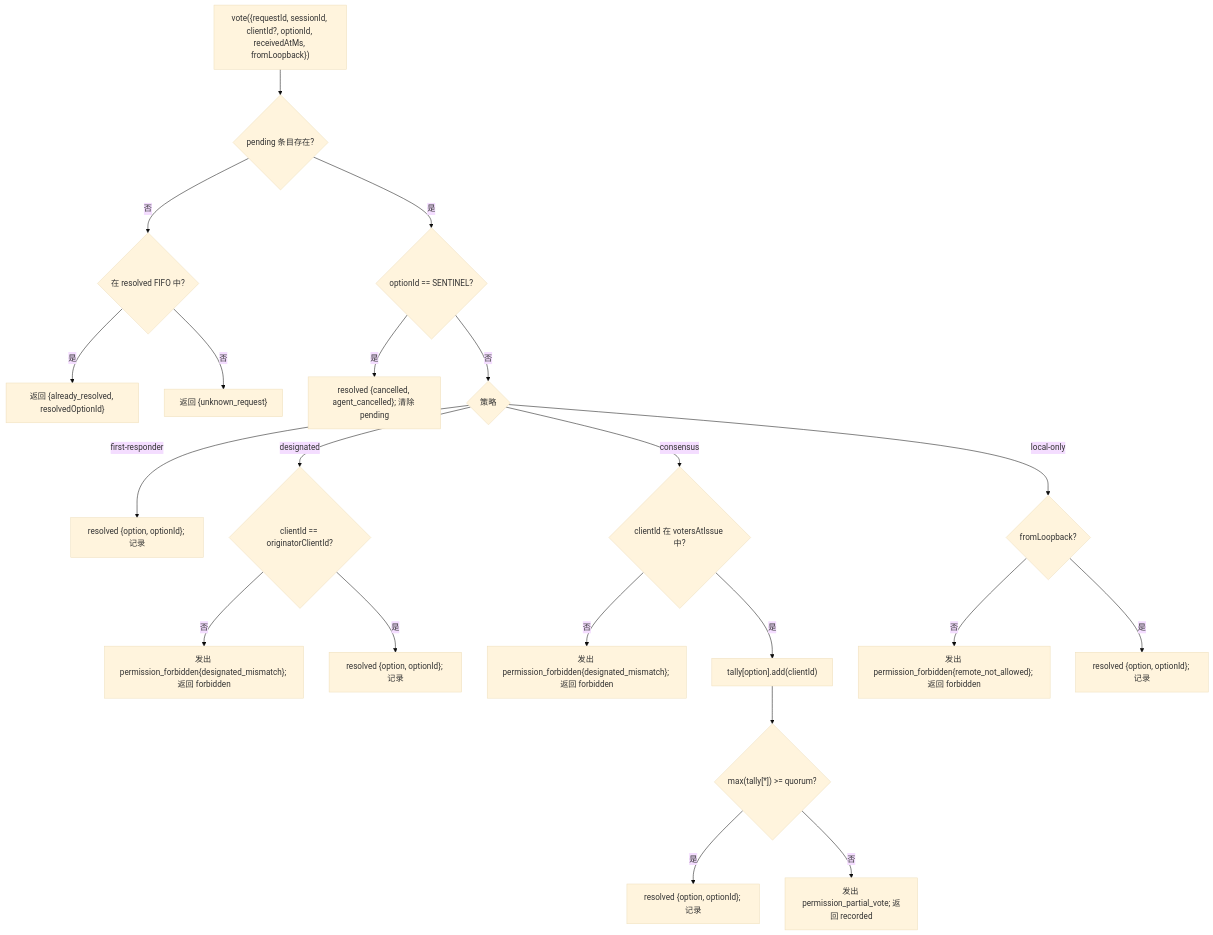
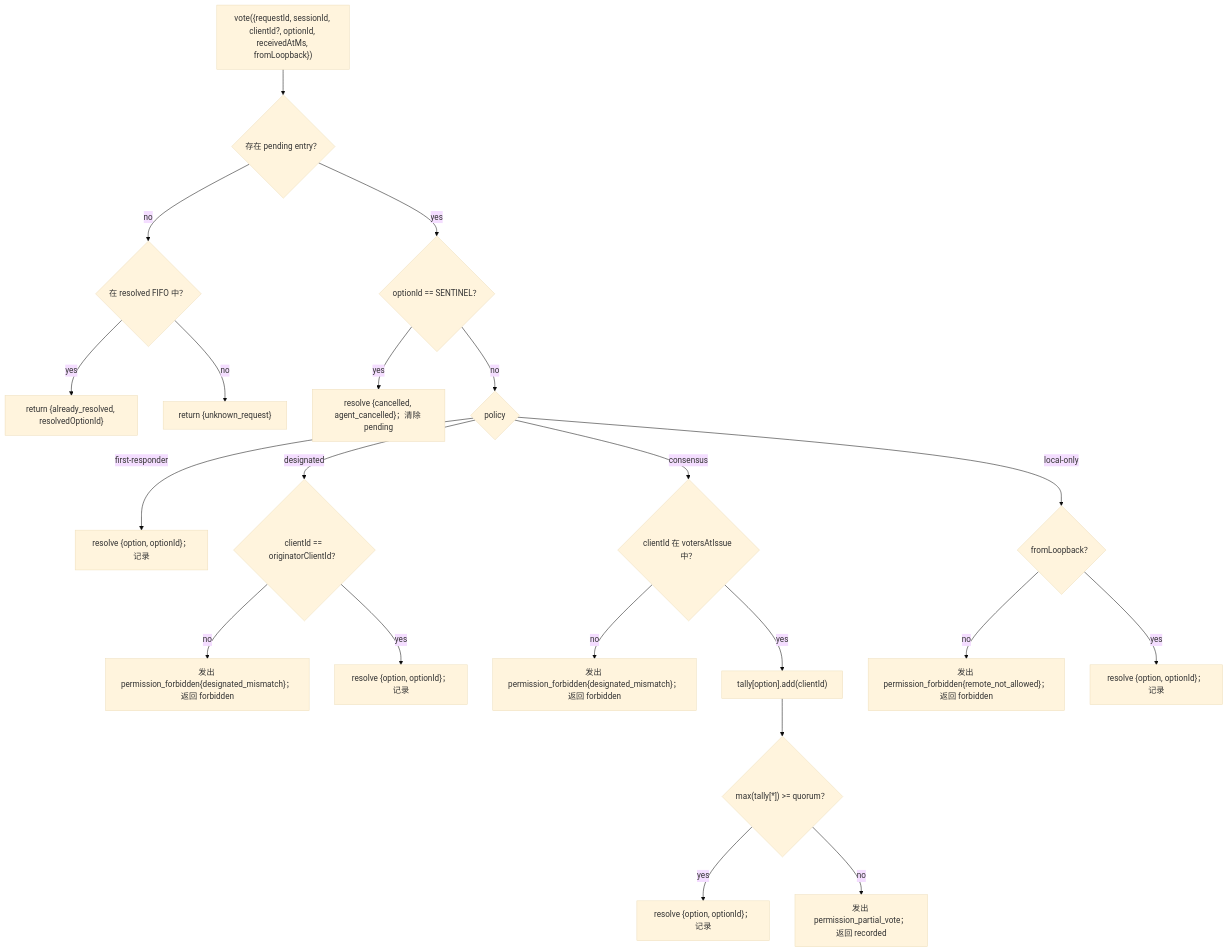
Before and after one commit to QwenLM/qwen-code-docs: the second of 2 diagrams in website/content/zh/developers/daemon/04-permission-mediation.md, drawn with Mermaid (base theme). The commit also changed other lines of this file and 162 other files, not shown here.

````diff
--- a/website/content/zh/developers/daemon/04-permission-mediation.md
+++ b/website/content/zh/developers/daemon/04-permission-mediation.md
@@ -119,23 +121,23 @@
 ```mermaid
 flowchart TD
-    V["vote({requestId, sessionId, clientId?, optionId, receivedAtMs, fromLoopback})"] --> E{"pending 条目存在?"}
-    E -->|否| RD{"在 resolved FIFO 中?"}
-    RD -->|是| AR["返回 {already_resolved, resolvedOptionId}"]
-    RD -->|否| UR["返回 {unknown_request}"]
-    E -->|是| SENT{"optionId == SENTINEL?"}
-    SENT -->|是| CX["resolved {cancelled, agent_cancelled}; 清除 pending"]
-    SENT -->|否| POL{"策略"}
-    POL -->|first-responder| FR["resolved {option, optionId}; 记录"]
-    POL -->|designated| DG{"clientId == originatorClientId?"}
-    DG -->|否| FOR["发出 permission_forbidden{designated_mismatch}; 返回 forbidden"]
-    DG -->|是| FRR["resolved {option, optionId}; 记录"]
-    POL -->|consensus| CN{"clientId 在 votersAtIssue 中?"}
-    CN -->|否| FORC["发出 permission_forbidden{designated_mismatch}; 返回 forbidden"]
-    CN -->|是| TAL["tally[option].add(clientId)"]
-    TAL --> Q{"max(tally[*]) >= quorum?"}
-    Q -->|是| RES["resolved {option, optionId}; 记录"]
-    Q -->|否| PV["发出 permission_partial_vote; 返回 recorded"]
-    POL -->|local-only| LO{"fromLoopback?"}
-    LO -->|否| FORL["发出 permission_forbidden{remote_not_allowed}; 返回 forbidden"]
-    LO -->|是| RESL["resolved {option, optionId}; 记录"]
+    V["vote({requestId, sessionId, clientId?, optionId, receivedAtMs, fromLoopback})"] --> E{"存在 pending entry？"}
+    E -->|no| RD{"在 resolved FIFO 中？"}
+    RD -->|yes| AR["return {already_resolved, resolvedOptionId}"]
+    RD -->|no| UR["return {unknown_request}"]
+    E -->|yes| SENT{"optionId == SENTINEL？"}
+    SENT -->|yes| CX["resolve {cancelled, agent_cancelled}；清除 pending"]
+    SENT -->|no| POL{"policy"}
+    POL -->|first-responder| FR["resolve {option, optionId}；记录"]
+    POL -->|designated| DG{"clientId == originatorClientId？"}
+    DG -->|no| FOR["发出 permission_forbidden{designated_mismatch}；返回 forbidden"]
+    DG -->|yes| FRR["resolve {option, optionId}；记录"]
+    POL -->|consensus| CN{"clientId 在 votersAtIssue 中？"}
+    CN -->|no| FORC["发出 permission_forbidden{designated_mismatch}；返回 forbidden"]
+    CN -->|yes| TAL["tally[option].add(clientId)"]
+    TAL --> Q{"max(tally[*]) >= quorum？"}
+    Q -->|yes| RES["resolve {option, optionId}；记录"]
+    Q -->|no| PV["发出 permission_partial_vote；返回 recorded"]
+    POL -->|local-only| LO{"fromLoopback？"}
+    LO -->|no| FORL["发出 permission_forbidden{remote_not_allowed}；返回 forbidden"]
+    LO -->|yes| RESL["resolve {option, optionId}；记录"]
 ```
````
